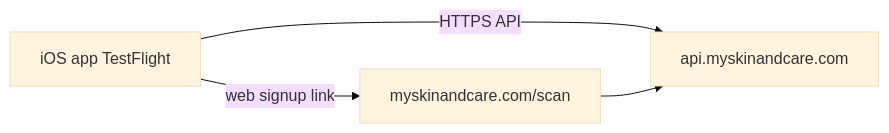
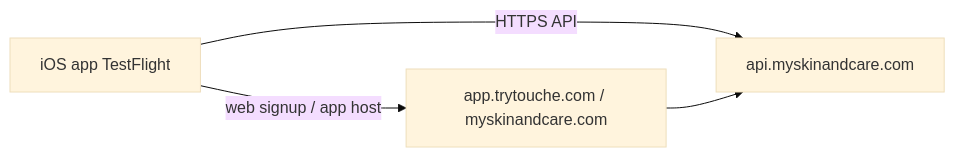
The diagram in docs/MOBILE.md (thetradingdoc/skin-care), drawn with Mermaid (base theme) before and after one commit. The commit also changed other lines of this file and 26 other files, not shown here.

````diff
--- a/docs/MOBILE.md
+++ b/docs/MOBILE.md
@@ -11,10 +13,10 @@
 ```mermaid
 flowchart LR
   app[iOS app TestFlight]
   api[api.myskinandcare.com]
-  web[myskinandcare.com/scan]
+  web[app.trytouche.com / myskinandcare.com]
 
   app -->|HTTPS API| api
-  app -->|web signup link| web
+  app -->|web signup / app host| web
   web --> api
 ```
````
